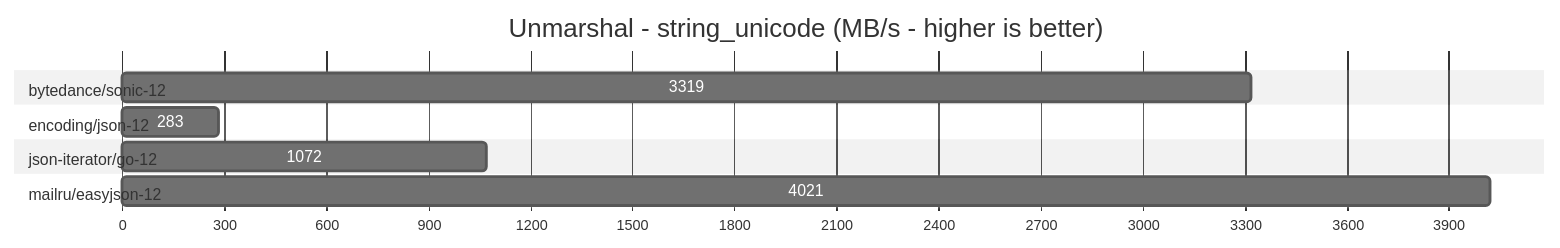
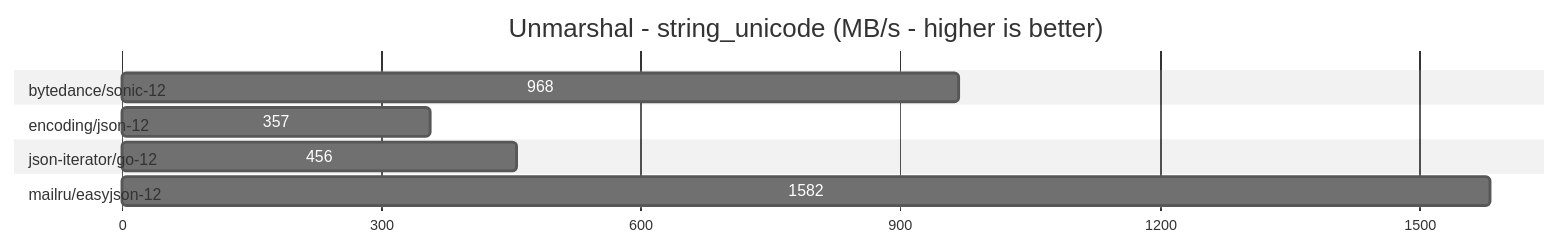
Before and after one commit to compashka/json-benchmarks: the tenth of 12 diagrams in README.md, drawn with Mermaid (neutral theme). The commit also changed other lines of this file and 23 other files, not shown here.

````diff
--- a/README.md
+++ b/README.md
@@ -155,15 +165,15 @@
 ```mermaid
 gantt
 title Unmarshal - string_unicode (MB/s - higher is better)
 dateFormat X
 axisFormat %s
 
 section bytedance/sonic-12      
-3319 :0, 3319
+968:0,968
 section encoding/json-12        
-283 :0, 283
+357:0,357
 section json-iterator/go-12     
-1072 :0, 1072
+456:0,456
 section mailru/easyjson-12      
-4021 :0, 4021
+1582:0,1582
 ```
````
